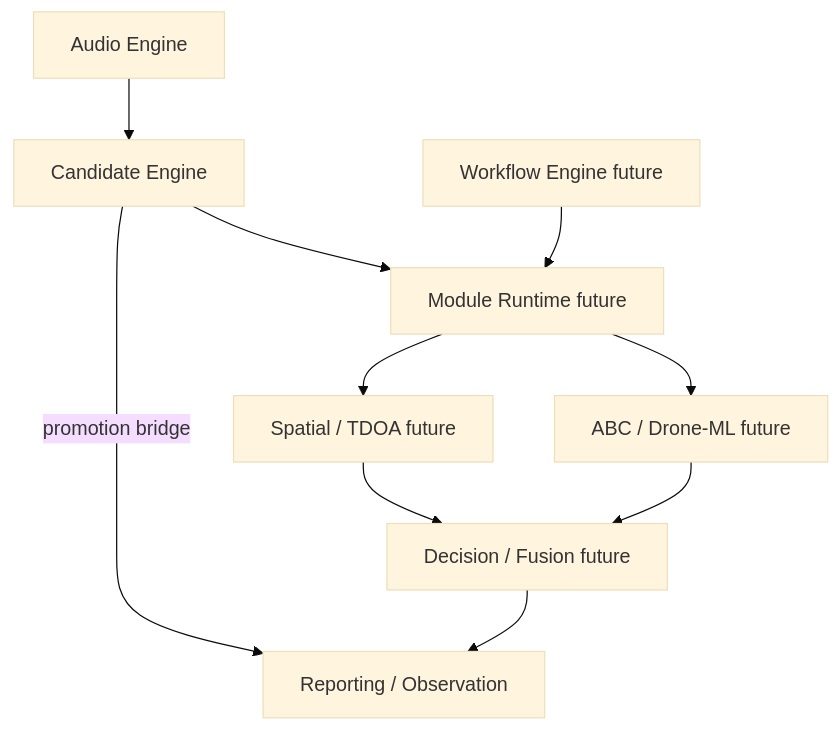
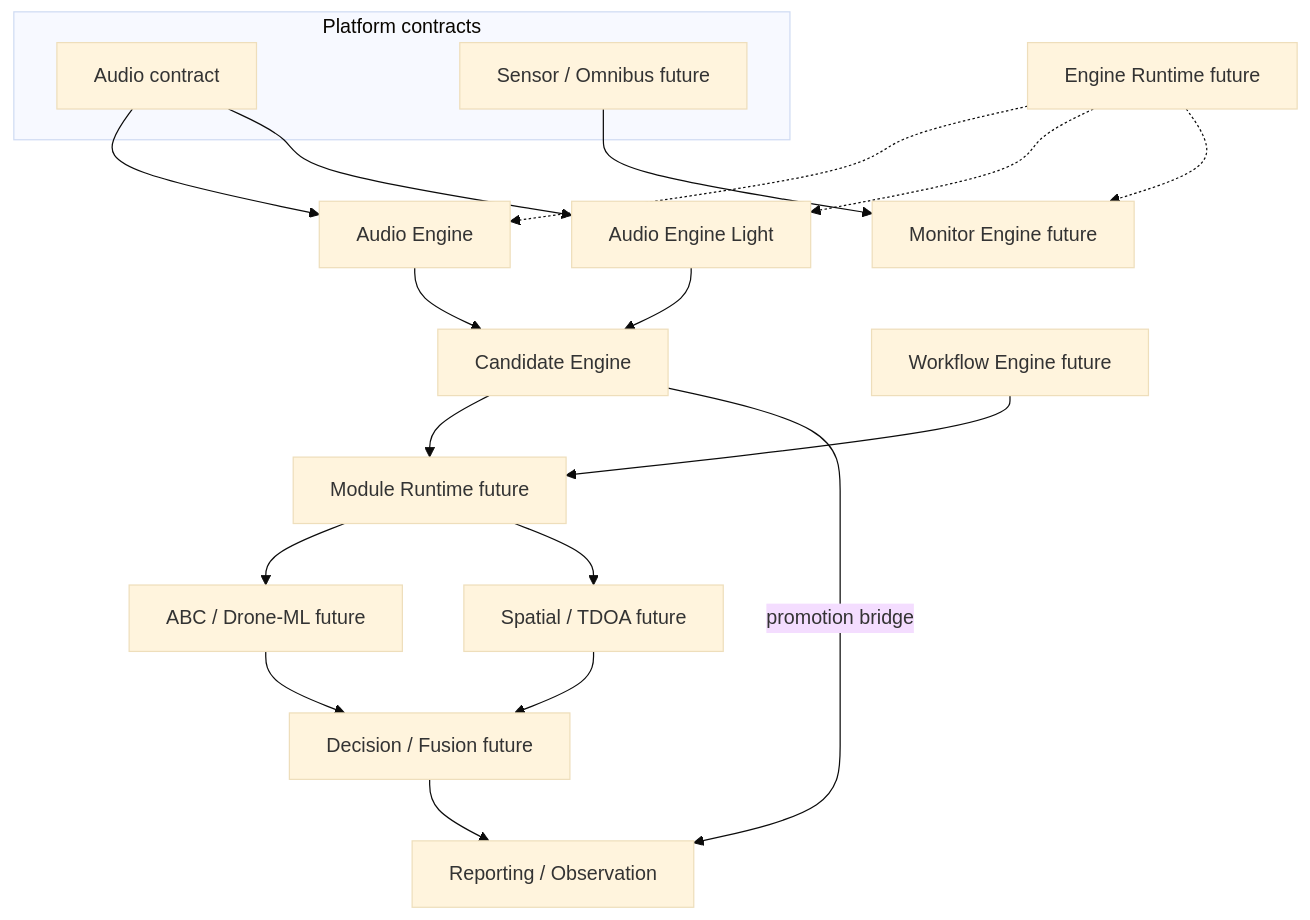
Before and after one commit to hemskgren/dBmap: the sixth of 6 diagrams in docs/architecture/audio-and-candidate-engine.md, drawn with Mermaid (base theme). The commit also changed other lines of this file and 2 other files, not shown here.

First line of the commit message:
Require multi-engine Platform contract compatibility in AE/CE design.

````diff
--- a/docs/architecture/audio-and-candidate-engine.md
+++ b/docs/architecture/audio-and-candidate-engine.md
@@ -510,21 +629,35 @@
 ```mermaid
 flowchart TB
+  subgraph platform [Platform contracts]
+    AUD[Audio contract]
+    SEN[Sensor / Omnibus future]
+  end
   AE[Audio Engine]
+  AEL[Audio Engine Light]
+  MON[Monitor Engine future]
   CE[Candidate Engine]
+  ER[Engine Runtime future]
   MR[Module Runtime future]
   WF[Workflow Engine future]
   DF[Decision / Fusion future]
   CL[ABC / Drone-ML future]
   SP[Spatial / TDOA future]
   RE[Reporting / Observation]
 
+  AUD --> AE
+  AUD --> AEL
+  SEN --> MON
   AE --> CE
+  AEL --> CE
+  ER -.-> AE
+  ER -.-> AEL
+  ER -.-> MON
   CE --> MR
   WF --> MR
   MR --> CL
   MR --> SP
   CL --> DF
   SP --> DF
   DF --> RE
   CE -->|promotion bridge| RE
 ```
````
